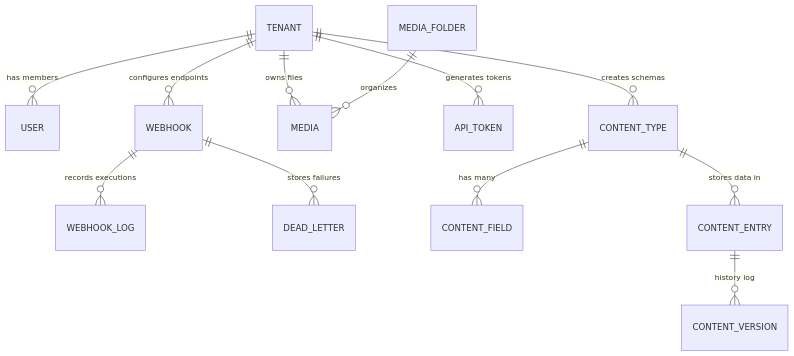
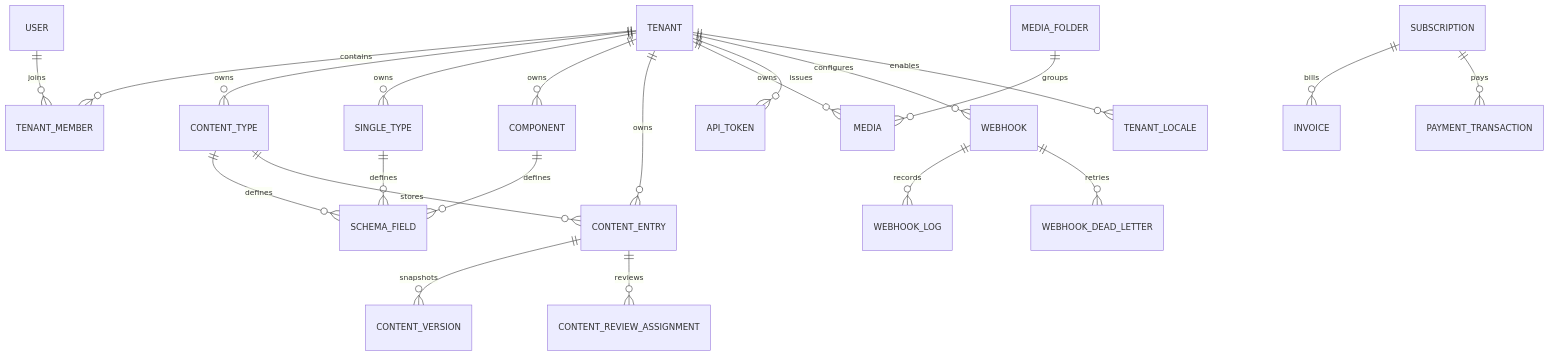
Before and after one commit to zonggonau/sacms: the third of 4 diagrams in docs/03-Technical_Design_Document.md, drawn with Mermaid. The commit also changed other lines of this file and 171 other files, not shown here.

````diff
--- a/docs/03-Technical_Design_Document.md
+++ b/docs/03-Technical_Design_Document.md
@@ -290,18 +213,26 @@
 ```mermaid
 erDiagram
-    TENANT ||--o{ USER : "has members"
-    TENANT ||--o{ CONTENT_TYPE : "creates schemas"
-    TENANT ||--o{ MEDIA : "owns files"
-    TENANT ||--o{ API_TOKEN : "generates tokens"
-    TENANT ||--o{ WEBHOOK : "configures endpoints"
+    USER ||--o{ TENANT_MEMBER : joins
+    TENANT ||--o{ TENANT_MEMBER : contains
+    TENANT ||--o{ CONTENT_TYPE : owns
+    TENANT ||--o{ SINGLE_TYPE : owns
+    TENANT ||--o{ COMPONENT : owns
+    TENANT ||--o{ CONTENT_ENTRY : owns
+    TENANT ||--o{ MEDIA : owns
+    TENANT ||--o{ API_TOKEN : issues
+    TENANT ||--o{ WEBHOOK : configures
+    TENANT ||--o{ TENANT_LOCALE : enables
 
-    WEBHOOK ||--o{ WEBHOOK_LOG : "records executions"
-    WEBHOOK ||--o{ DEAD_LETTER : "stores failures"
+    CONTENT_TYPE ||--o{ SCHEMA_FIELD : defines
+    SINGLE_TYPE ||--o{ SCHEMA_FIELD : defines
+    COMPONENT ||--o{ SCHEMA_FIELD : defines
+    CONTENT_TYPE ||--o{ CONTENT_ENTRY : stores
+    CONTENT_ENTRY ||--o{ CONTENT_VERSION : snapshots
+    CONTENT_ENTRY ||--o{ CONTENT_REVIEW_ASSIGNMENT : reviews
 
-    CONTENT_TYPE ||--o{ CONTENT_FIELD : "has many"
-    CONTENT_TYPE ||--o{ CONTENT_ENTRY : "stores data in"
-
-    CONTENT_ENTRY ||--o{ CONTENT_VERSION : "history log"
-    
-    MEDIA_FOLDER ||--o{ MEDIA : "organizes"
+    WEBHOOK ||--o{ WEBHOOK_LOG : records
+    WEBHOOK ||--o{ WEBHOOK_DEAD_LETTER : retries
+    MEDIA_FOLDER ||--o{ MEDIA : groups
+    SUBSCRIPTION ||--o{ INVOICE : bills
+    SUBSCRIPTION ||--o{ PAYMENT_TRANSACTION : pays
 ```
````
